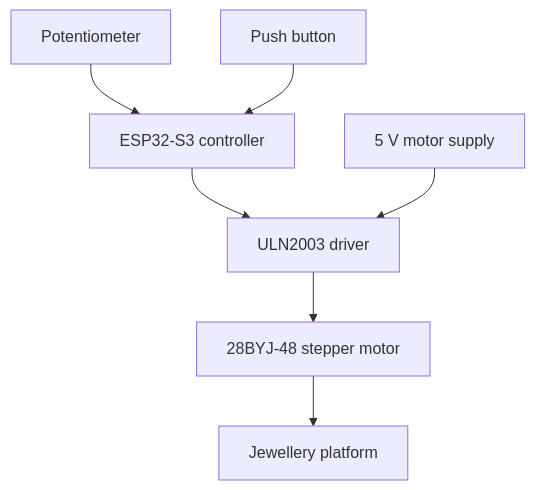
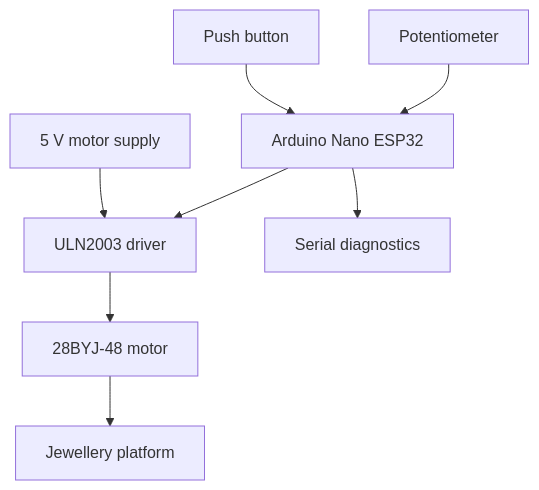
Before and after one commit to ShanmukhJonnalagadda/ESP32-S3-Based-Automated-180-Turntable-for-Jewellery-Product-Photography: the first of 2 diagrams in README.md, drawn with Mermaid. The commit also changed other lines of this file, not shown here.

````diff
--- a/README.md
+++ b/README.md
@@ -29,9 +45,10 @@
 ```mermaid
 flowchart TD
-    A[Potentiometer] --> C[ESP32-S3 controller]
+    P[Potentiometer] --> C[Arduino Nano ESP32]
     B[Push button] --> C
     C --> D[ULN2003 driver]
-    P[5 V motor supply] --> D
-    D --> E[28BYJ-48 stepper motor]
-    E --> F[Jewellery platform]
+    V[5 V motor supply] --> D
+    D --> M[28BYJ-48 motor]
+    M --> T[Jewellery platform]
+    C --> S[Serial diagnostics]
 ```
````
